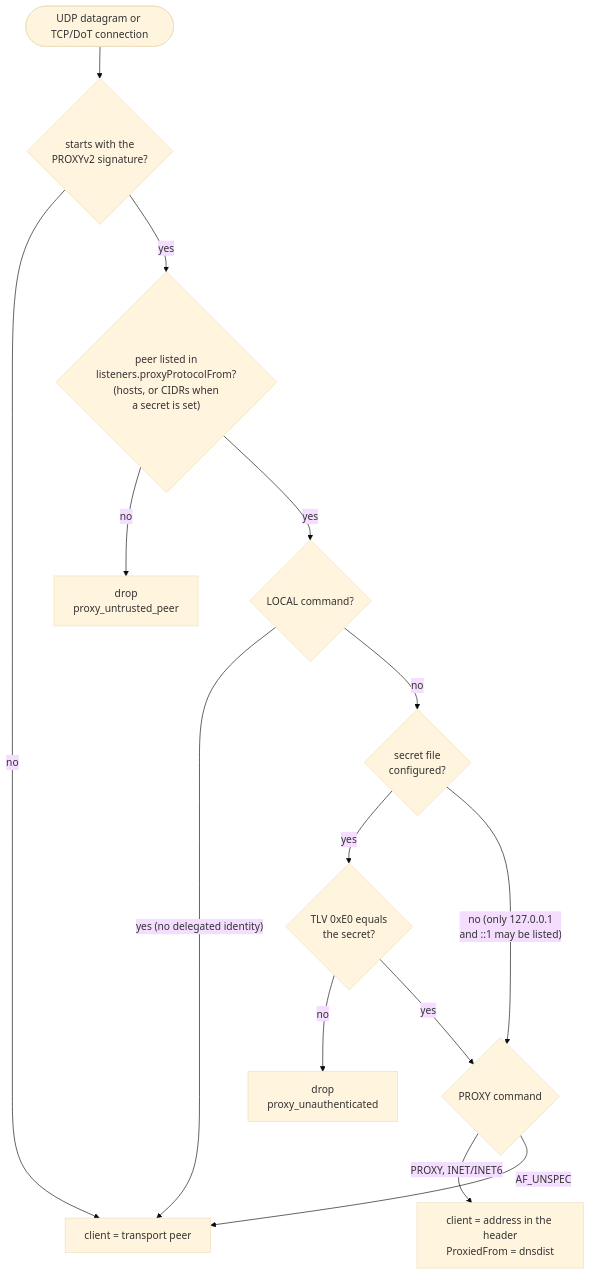
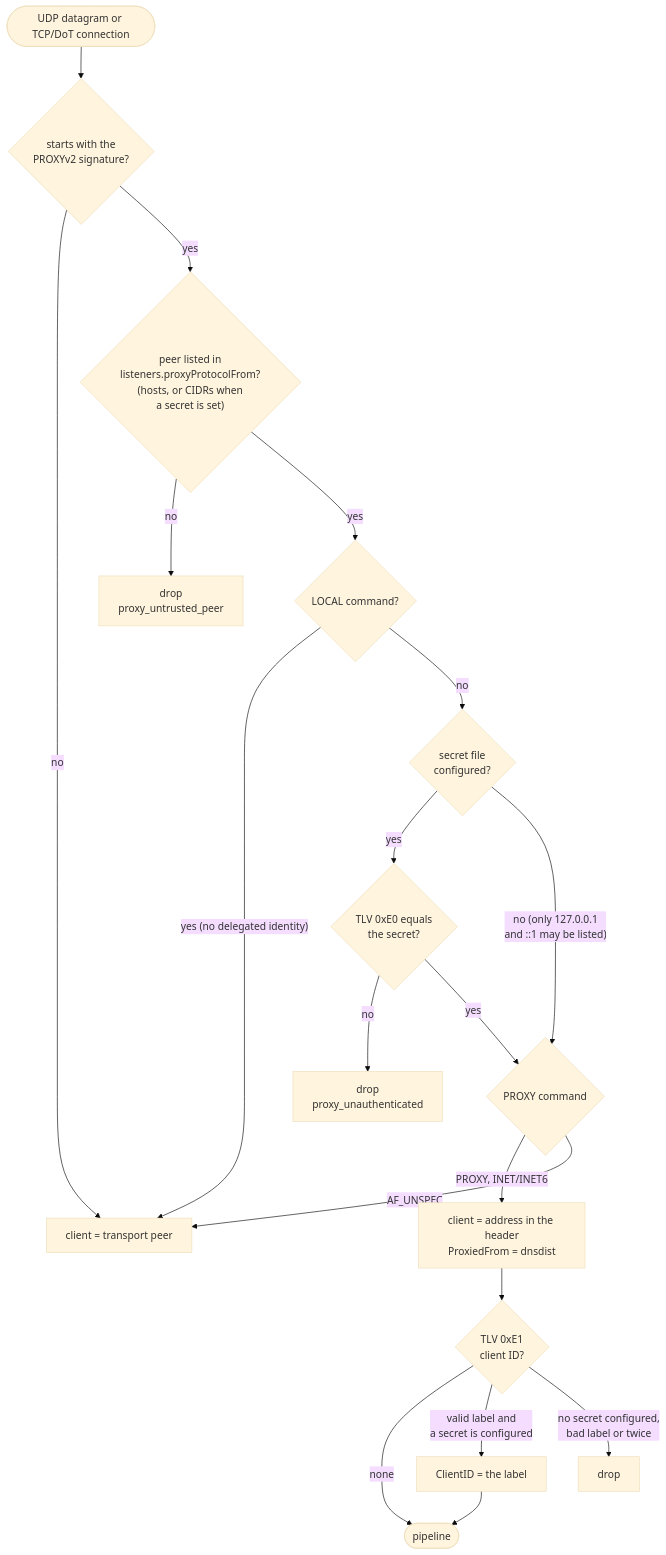
Before and after one commit to robertherbaugh/kudurru: the second of 6 diagrams in docs/architecture/query-path.md, drawn with Mermaid (base theme). The commit also changed other lines of this file and 3 other files, not shown here.

````diff
--- a/docs/architecture/query-path.md
+++ b/docs/architecture/query-path.md
@@ -255,16 +255,20 @@
 ```mermaid
 flowchart TD
     P(["UDP datagram or TCP/DoT connection"]) --> SIG{"starts with the<br/>PROXYv2 signature?"}
     SIG -- "no" --> PEER["client = transport peer"]
     SIG -- "yes" --> LIST{"peer listed in<br/>listeners.proxyProtocolFrom?<br/>(hosts, or CIDRs when<br/>a secret is set)"}
     LIST -- "no" --> DROP1["drop<br/>proxy_untrusted_peer"]
     LIST -- "yes" --> LOCAL{"LOCAL command?"}
     LOCAL -- "yes (no delegated identity)" --> PEER
     LOCAL -- "no" --> SEC{"secret file<br/>configured?"}
     SEC -- "yes" --> TLV{"TLV 0xE0 equals<br/>the secret?"}
     TLV -- "no" --> DROP2["drop<br/>proxy_unauthenticated"]
     TLV -- "yes" --> CMD
     SEC -- "no (only 127.0.0.1<br/>and ::1 may be listed)" --> CMD{"PROXY command"}
     CMD -- "PROXY, INET/INET6" --> HDR["client = address in the header<br/>ProxiedFrom = dnsdist"]
     CMD -- "AF_UNSPEC" --> PEER
+    HDR --> CID{"TLV 0xE1<br/>client ID?"}
+    CID -- "none" --> DONE(["pipeline"])
+    CID -- "valid label and<br/>a secret is configured" --> ID["ClientID = the label"] --> DONE
+    CID -- "no secret configured,<br/>bad label or twice" --> DROP3["drop"]
 ```
````
